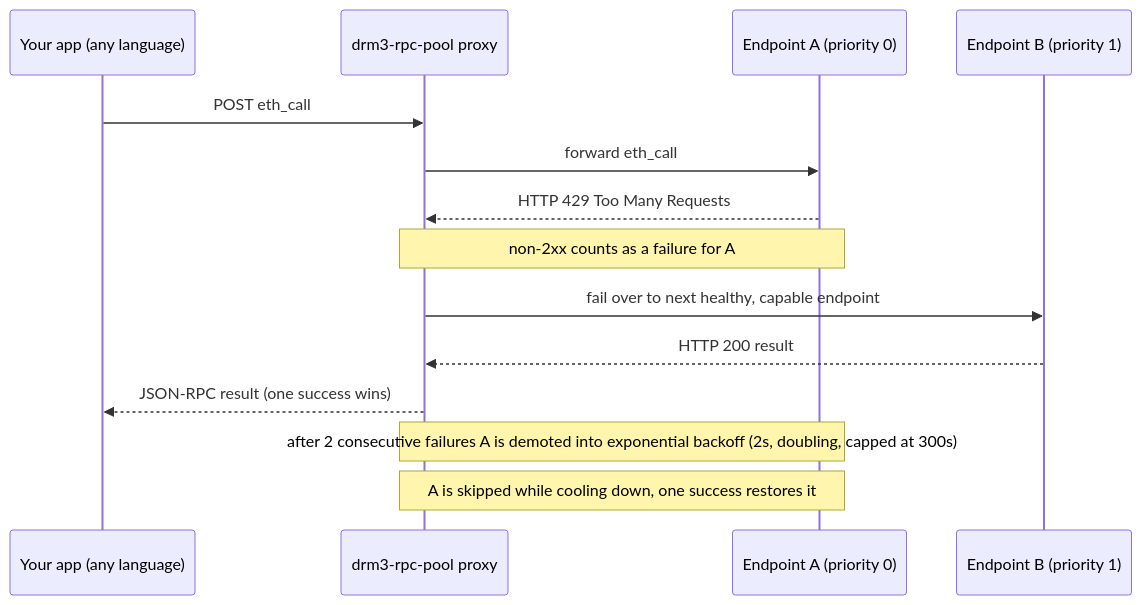
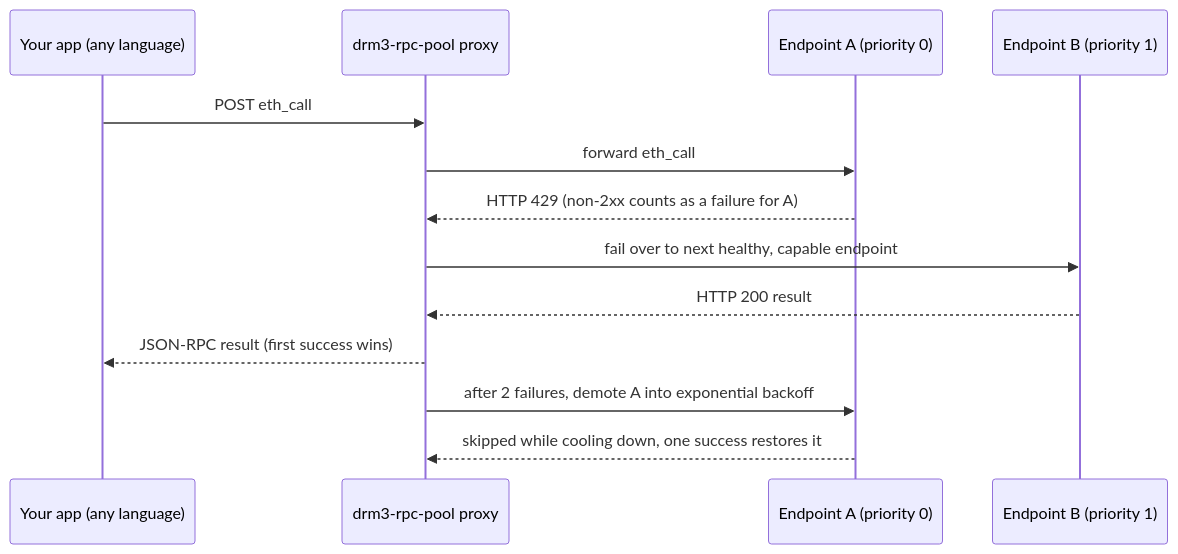
The diagram in README.md (DRM3Labs-OSS/drm3-rpc-pool), drawn with Mermaid before and after one commit. The commit also changed other lines of this file and 5 other files, not shown here.

First line of the commit message:
benchmark: pool-size sweep chart + sicker graphic

````diff
--- a/README.md
+++ b/README.md
@@ -33,18 +38,16 @@
 ```mermaid
 sequenceDiagram
     participant App as Your app (any language)
     participant Pool as drm3-rpc-pool proxy
     participant A as Endpoint A (priority 0)
     participant B as Endpoint B (priority 1)
 
     App->>Pool: POST eth_call
     Pool->>A: forward eth_call
-    A-->>Pool: HTTP 429 Too Many Requests
-    Note over Pool,A: non-2xx counts as a failure for A
+    A-->>Pool: HTTP 429 (non-2xx counts as a failure for A)
     Pool->>B: fail over to next healthy, capable endpoint
     B-->>Pool: HTTP 200 result
-    Pool-->>App: JSON-RPC result (one success wins)
-
-    Note over Pool,A: after 2 consecutive failures A is demoted into exponential backoff (2s, doubling, capped at 300s)
-    Note over Pool,A: A is skipped while cooling down, one success restores it
+    Pool-->>App: JSON-RPC result (first success wins)
+    Pool->>A: after 2 failures, demote A into exponential backoff
+    A-->>Pool: skipped while cooling down, one success restores it
 ```
````
